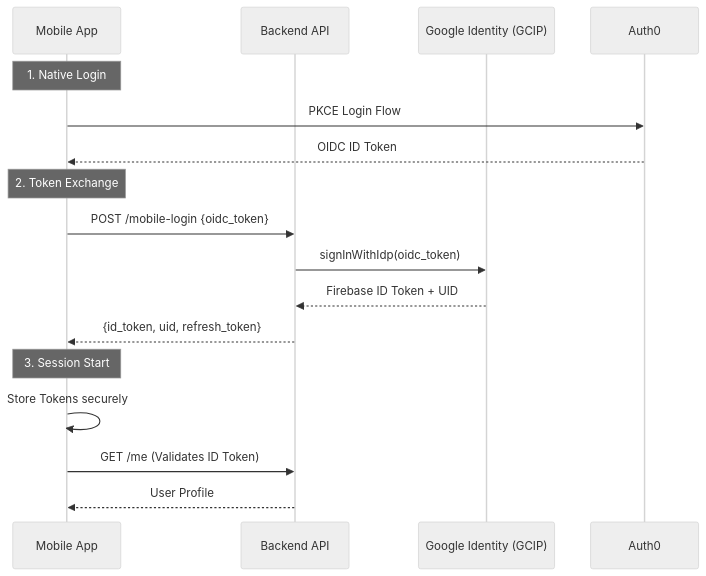
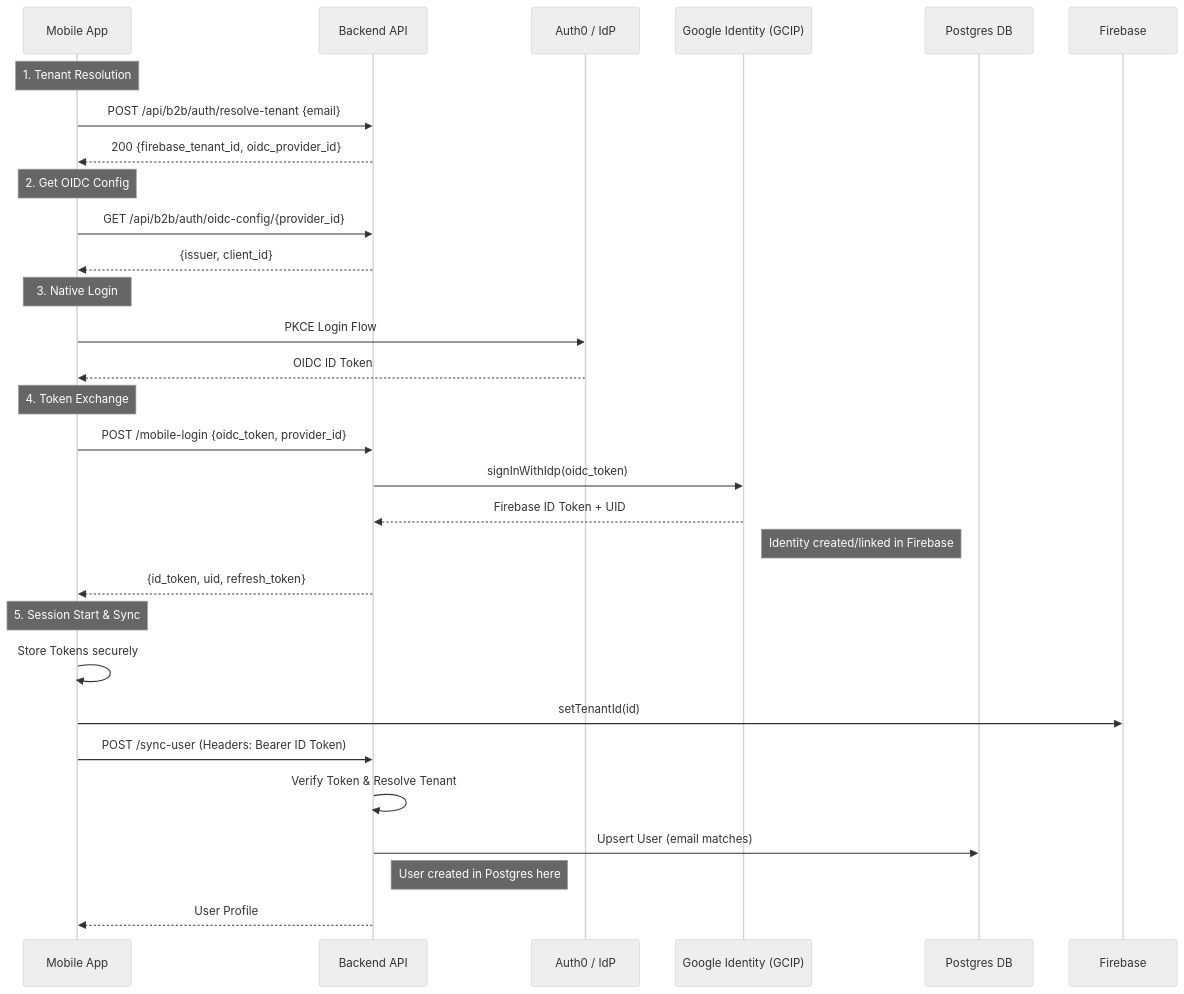
Before and after one commit to nkumar15/communication-analysis: the third of 3 diagrams in docs/architecture/authentication.md, drawn with Mermaid (neutral theme).

Commit message:
docs: update mobile authentication sequence diagram to include tenant resolution, OIDC config, Auth0, and user sync with Postgres.

````diff
--- a/docs/architecture/authentication.md
+++ b/docs/architecture/authentication.md
@@ -100,21 +100,36 @@
 ```mermaid
 sequenceDiagram
     participant App as Mobile App
     participant BE as Backend API
+    participant Auth0 as Auth0 / IdP
     participant Google as Google Identity (GCIP)
+    participant DB as Postgres DB
 
-    Note over App: 1. Native Login
+    Note over App: 1. Tenant Resolution
+    App->>BE: POST /api/b2b/auth/resolve-tenant {email}
+    BE-->>App: 200 {firebase_tenant_id, oidc_provider_id}
+
+    Note over App: 2. Get OIDC Config
+    App->>BE: GET /api/b2b/auth/oidc-config/{provider_id}
+    BE-->>App: {issuer, client_id}
+
+    Note over App: 3. Native Login
     App->>Auth0: PKCE Login Flow
     Auth0-->>App: OIDC ID Token
 
-    Note over App: 2. Token Exchange
-    App->>BE: POST /mobile-login {oidc_token}
+    Note over App: 4. Token Exchange
+    App->>BE: POST /mobile-login {oidc_token, provider_id}
     BE->>Google: signInWithIdp(oidc_token)
     Google-->>BE: Firebase ID Token + UID
+    Note right of Google: Identity created/linked in Firebase
     BE-->>App: {id_token, uid, refresh_token}
 
-    Note over App: 3. Session Start
+    Note over App: 5. Session Start & Sync
     App->>App: Store Tokens securely
-    App->>BE: GET /me (Validates ID Token)
+    App->>Firebase: setTenantId(id)
+    App->>BE: POST /sync-user (Headers: Bearer ID Token)
+    BE->>BE: Verify Token & Resolve Tenant
+    BE->>DB: Upsert User (email matches)
+    Note right of BE: User created in Postgres here
     BE-->>App: User Profile
 ```
````
